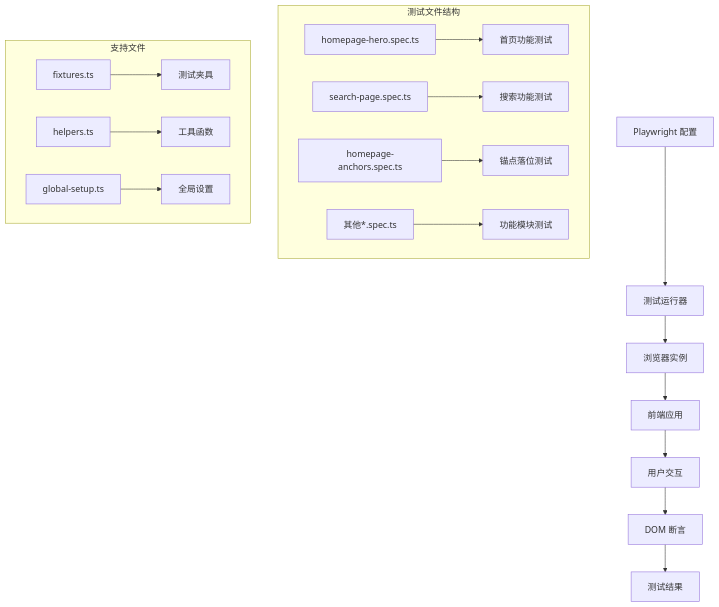
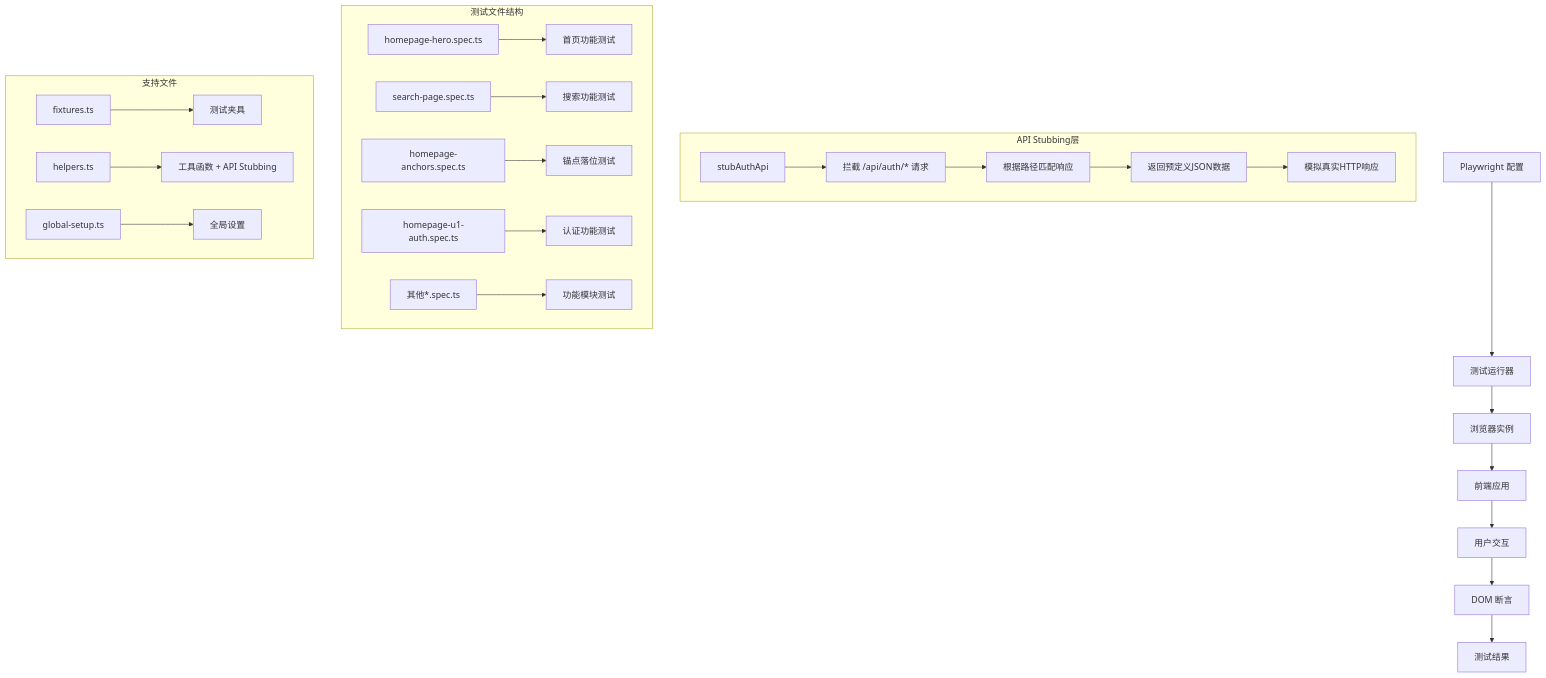
Before and after one commit to luyitiger6/my-first-project: the sixth of 12 diagrams in .qoder/repowiki/zh/content/测试策略.md, drawn with Mermaid. The commit also changed other lines of this file and 54 other files, not shown here.

````diff
--- a/.qoder/repowiki/zh/content/测试策略.md
+++ b/.qoder/repowiki/zh/content/测试策略.md
@@ -339,20 +377,27 @@
 ```mermaid
 flowchart TD
 A["Playwright 配置"] --> B["测试运行器"]
 B --> C["浏览器实例"]
 C --> D["前端应用"]
 D --> E["用户交互"]
 E --> F["DOM 断言"]
 F --> G["测试结果"]
+subgraph "API Stubbing层"
+H["stubAuthApi"] --> I["拦截 /api/auth/* 请求"]
+I --> J["根据路径匹配响应"]
+J --> K["返回预定义JSON数据"]
+K --> L["模拟真实HTTP响应"]
+end
 subgraph "测试文件结构"
-H["homepage-hero.spec.ts"] --> I["首页功能测试"]
-J["search-page.spec.ts"] --> K["搜索功能测试"]
-L["homepage-anchors.spec.ts"] --> M["锚点落位测试"]
-N["其他*.spec.ts"] --> O["功能模块测试"]
+M["homepage-hero.spec.ts"] --> N["首页功能测试"]
+O["search-page.spec.ts"] --> P["搜索功能测试"]
+Q["homepage-anchors.spec.ts"] --> R["锚点落位测试"]
+S["homepage-u1-auth.spec.ts"] --> T["认证功能测试"]
+U["其他*.spec.ts"] --> V["功能模块测试"]
 end
 subgraph "支持文件"
-P["fixtures.ts"] --> Q["测试夹具"]
-R["helpers.ts"] --> S["工具函数"]
-T["global-setup.ts"] --> U["全局设置"]
+W["fixtures.ts"] --> X["测试夹具"]
+Y["helpers.ts"] --> Z["工具函数 + API Stubbing"]
+AA["global-setup.ts"] --> BB["全局设置"]
 end
 ```
````
